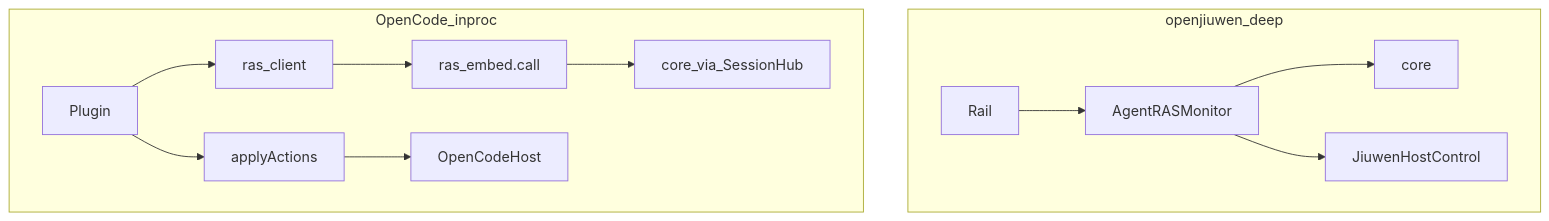
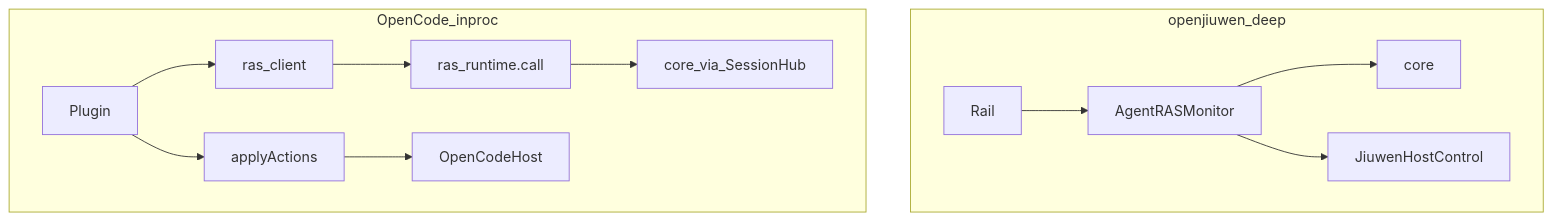
One commit to openeuler-mirror/agent-insight changed the third of 4 diagrams in docs/agent-ras/designs/modules/platform-adapter.md. Above: the diagram before and after it, drawn with Mermaid. The commit also changed other lines of this file and 18 other files, not shown here.

First line of the commit message:
docs(ras): 同步分层搬家与 ras_runtime 更名后的文档引用

````diff
--- a/docs/agent-ras/designs/modules/platform-adapter.md
+++ b/docs/agent-ras/designs/modules/platform-adapter.md
@@ -132,15 +132,15 @@
 ```mermaid
 flowchart TB
   subgraph jiuwen [openjiuwen_deep]
     Rail --> Mon[AgentRASMonitor]
     Mon --> Core1[core]
     Mon --> JHC[JiuwenHostControl]
   end
   subgraph oc [OpenCode_inproc]
     Plugin --> RC[ras_client]
-    RC --> Embed[ras_embed.call]
+    RC --> Embed[ras_runtime.call]
     Embed --> Core2[core_via_SessionHub]
     Plugin --> AA[applyActions]
     AA --> OHC[OpenCodeHost]
   end
 ```
````
